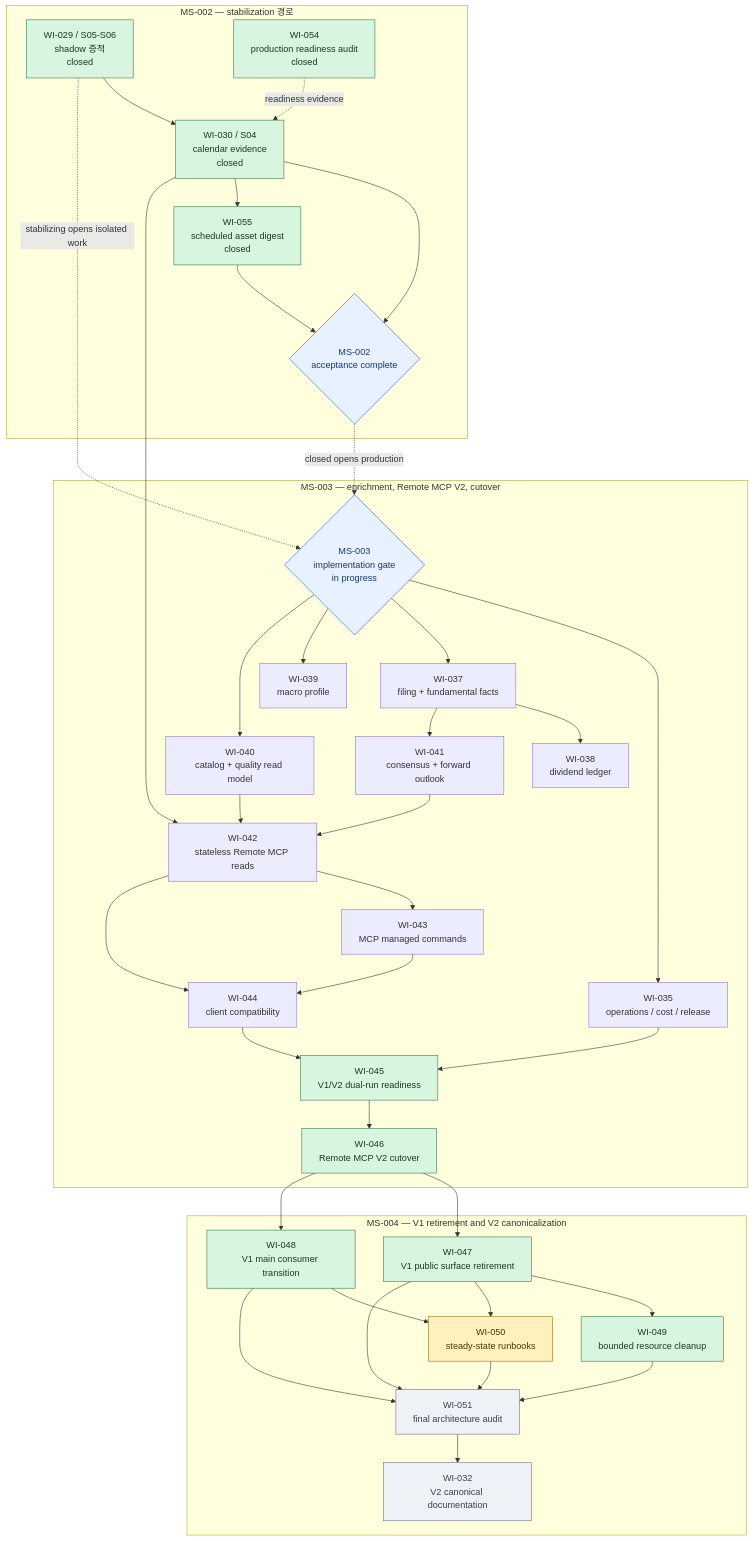
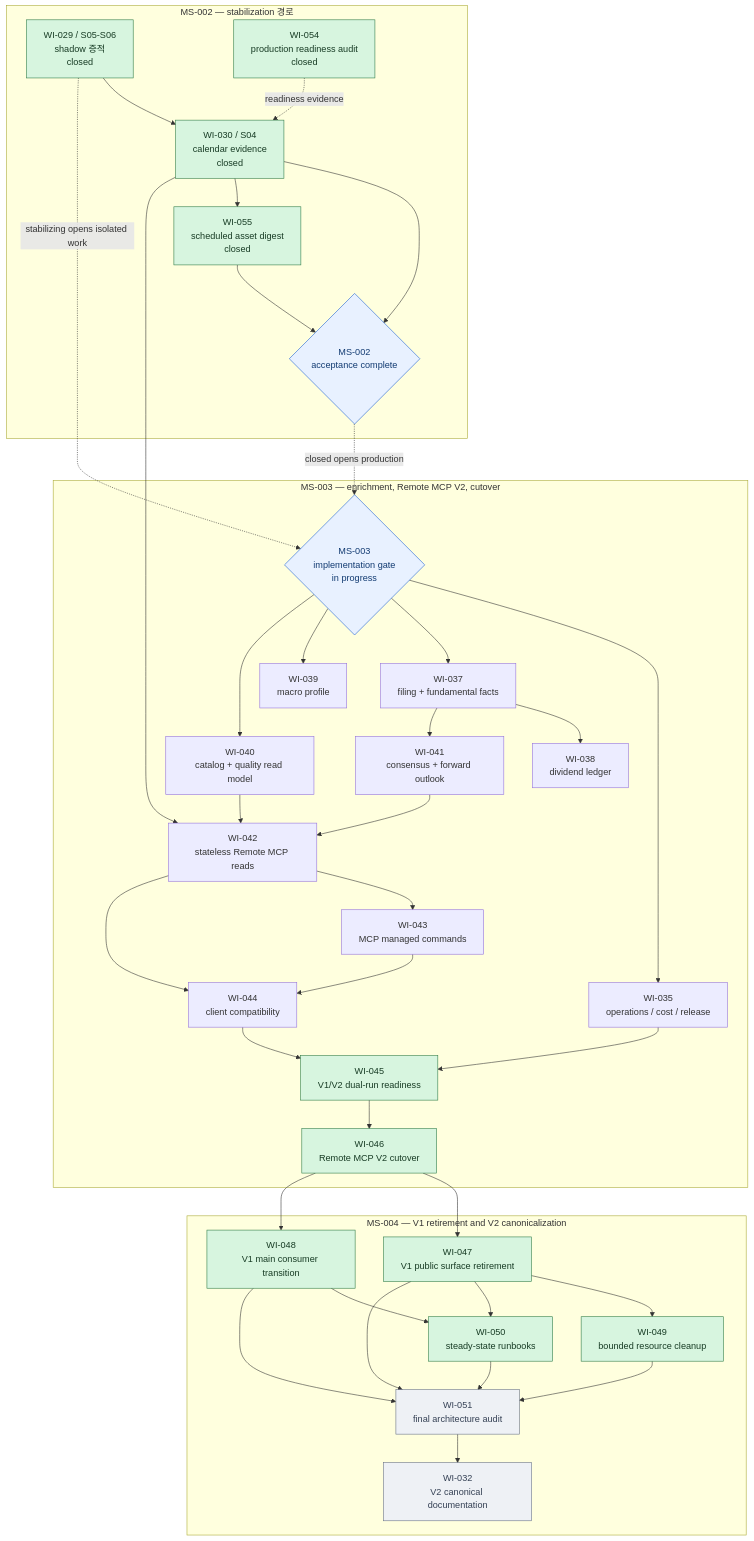
The third of 3 diagrams in docs/milestones/README.md (meringue5/KIS_Portfolio_MCP), drawn with Mermaid before and after one commit. The commit also changed other lines of this file and 3 other files, not shown here.

````diff
--- a/docs/milestones/README.md
+++ b/docs/milestones/README.md
@@ -142,81 +142,81 @@
 ```mermaid
 flowchart TB
     subgraph M2["MS-002 — stabilization 경로"]
         W29["WI-029 / S05-S06<br/>shadow 증적<br/>closed"]
         W30["WI-030 / S04<br/>calendar evidence<br/>closed"]
         W54["WI-054<br/>production readiness audit<br/>closed"]
         W55["WI-055<br/>scheduled asset digest<br/>closed"]
         M2DONE{"MS-002<br/>acceptance complete"}
         W29 --> W30 --> M2DONE
         W30 --> W55 --> M2DONE
         W54 -. readiness evidence .-> W30
     end
 
     subgraph M3["MS-003 — enrichment, Remote MCP V2, cutover"]
         M3OPEN{"MS-003<br/>implementation gate<br/>in progress"}
         W35["WI-035<br/>operations / cost / release"]
         W37["WI-037<br/>filing + fundamental facts"]
         W38["WI-038<br/>dividend ledger"]
         W39["WI-039<br/>macro profile"]
         W40["WI-040<br/>catalog + quality read model"]
         W41["WI-041<br/>consensus + forward outlook"]
         W42["WI-042<br/>stateless Remote MCP reads"]
         W43["WI-043<br/>MCP managed commands"]
         W44["WI-044<br/>client compatibility"]
         W45["WI-045<br/>V1/V2 dual-run readiness"]
         W46["WI-046<br/>Remote MCP V2 cutover"]
 
         M3OPEN --> W35
         M3OPEN --> W37
         M3OPEN --> W39
         M3OPEN --> W40
         W37 --> W38
         W37 --> W41
         W30 --> W42
         W40 --> W42
         W41 --> W42
         W42 --> W43
         W42 --> W44
         W43 --> W44
         W35 --> W45
         W44 --> W45 --> W46
     end
 
     subgraph M4["MS-004 — V1 retirement and V2 canonicalization"]
         W47["WI-047<br/>V1 public surface retirement"]
         W48["WI-048<br/>V1 main consumer transition"]
         W49["WI-049<br/>bounded resource cleanup"]
         W50["WI-050<br/>steady-state runbooks"]
         W51["WI-051<br/>final architecture audit"]
         W32["WI-032<br/>V2 canonical documentation"]
 
         W46 --> W47
         W46 --> W48
         W47 --> W49
         W47 --> W50
         W48 --> W50
         W47 --> W51
         W48 --> W51
         W49 --> W51
         W50 --> W51
         W51 --> W32
     end
 
     W29 -. stabilizing opens isolated work .-> M3OPEN
     M2DONE -. closed opens production .-> M3OPEN
 
     classDef active fill:#fff1bf,stroke:#9a6b00,color:#4b3500;
     classDef closed fill:#d7f5df,stroke:#2d7a46,color:#173b24;
     classDef ready fill:#e8f1ff,stroke:#175cd3,color:#123b72;
     classDef blocked fill:#fde2e2,stroke:#b42318,color:#5b1712;
     classDef proposed fill:#eef1f5,stroke:#667085,color:#344054;
     classDef gate fill:#e8f1ff,stroke:#175cd3,color:#123b72;
     class W29,W30,W54,W55 closed;
     class W35,W40 verified;
     class W37,W38,W39,W41,W42,W43,W44 verified;
     class W45 closed;
     class W46,W47,W48,W49 closed;
-    class W50 active;
+    class W50 closed;
     class W51,W32 proposed;
     class M2DONE,M3OPEN gate;
 ```
````
